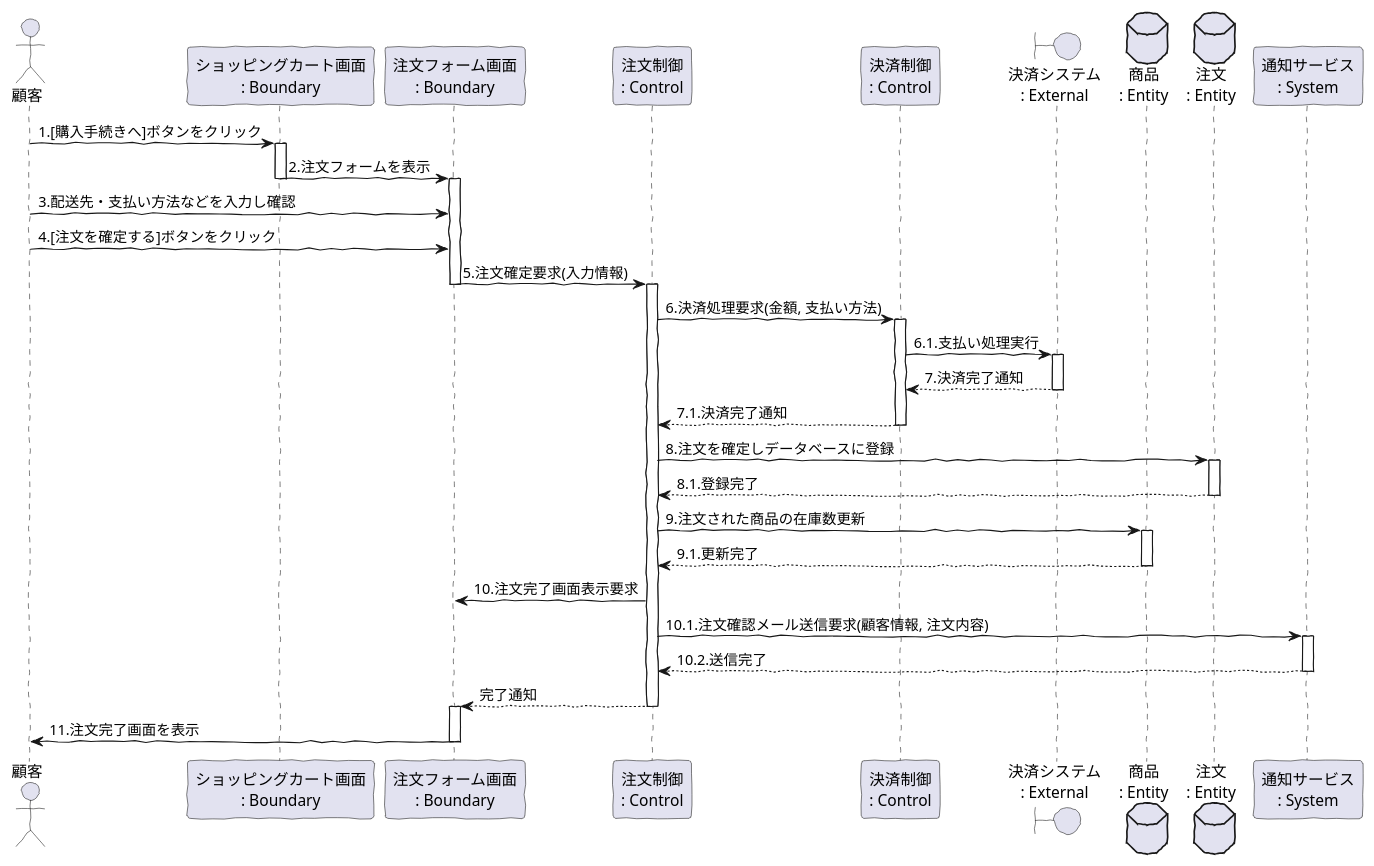
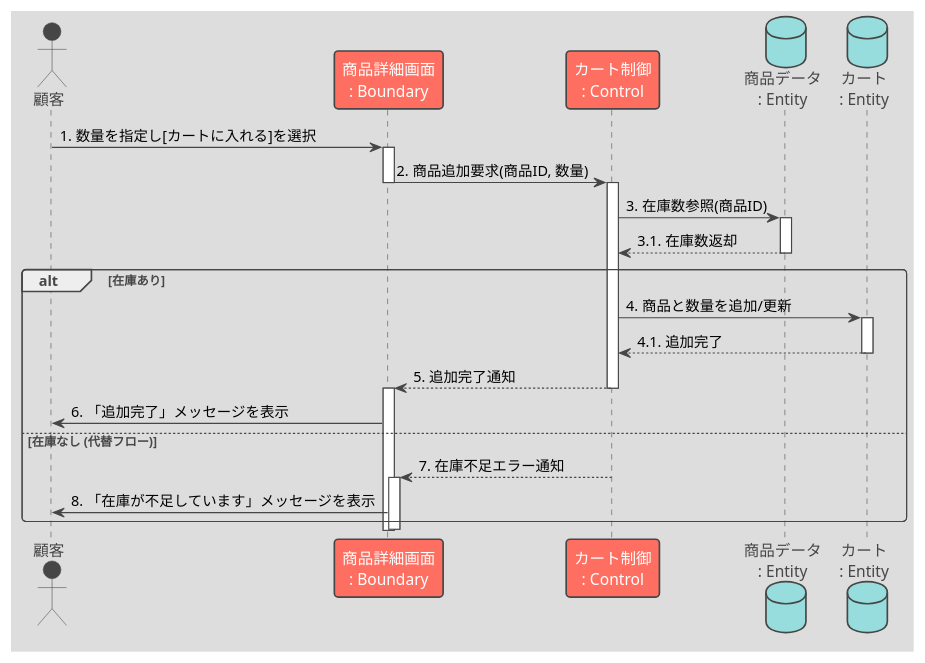
Before and after one commit to mameiku/group3-4: the diagram in Sequence_tuika.pu, drawn with PlantUML. The commit also changed 2 other files, not shown here.

Commit message:
シーケンス図変更

```diff
--- a/Sequence_tuika.pu
+++ b/Sequence_tuika.pu
@@ -1,68 +1,46 @@
 @startuml
-skinparam handwritten true
-skinparam style "rounded"
+!theme toy
 
 actor 顧客
-participant "ショッピングカート画面\n: Boundary" as Boundary_Cart
-participant "注文フォーム画面\n: Boundary" as Boundary_OrderForm
-participant "注文制御\n: Control" as Control_Order
-participant "決済制御\n: Control" as Control_Payment
-boundary "決済システム\n: External" as External_Payment
-database "商品\n: Entity" as Entity_Product
-database "注文\n: Entity" as Entity_Order
-participant "通知サービス\n: System" as Service_Notification
+participant "商品詳細画面\n: Boundary" as Boundary_ProductDetail
+participant "カート制御\n: Control" as Control_Cart
+database "商品データ\n: Entity" as Entity_Product
+database "カート\n: Entity" as Entity_Cart
 
-' 1. 「購入手続きへ」ボタン
-顧客 -> Boundary_Cart : 1.[購入手続きへ]ボタンをクリック
-activate Boundary_Cart
-Boundary_Cart -> Boundary_OrderForm : 2.注文フォームを表示
-deactivate Boundary_Cart
-activate Boundary_OrderForm
+' 1. カートに追加操作
+顧客 -> Boundary_ProductDetail : 1. 数量を指定し[カートに入れる]を選択
+activate Boundary_ProductDetail
 
-' 3. 配送先/支払い方法の入力と確認
-顧客 -> Boundary_OrderForm : 3.配送先・支払い方法などを入力し確認
+' 2. カート制御へ要求
+Boundary_ProductDetail -> Control_Cart : 2. 商品追加要求(商品ID, 数量)
+deactivate Boundary_ProductDetail
+activate Control_Cart
 
-' 4. 「注文を確定する」ボタン
-顧客 -> Boundary_OrderForm : 4.[注文を確定する]ボタンをクリック
-
-' 5. 注文情報の検証
-Boundary_OrderForm -> Control_Order : 5.注文確定要求(入力情報)
-deactivate Boundary_OrderForm
-activate Control_Order
-
-' 6. 決済連携
-Control_Order -> Control_Payment : 6.決済処理要求(金額, 支払い方法)
-activate Control_Payment
-Control_Payment -> External_Payment : 6.1.支払い処理実行
-activate External_Payment
-External_Payment --> Control_Payment : 7.決済完了通知
-deactivate External_Payment
-
-' 8. 注文情報の確定・登録
-Control_Payment --> Control_Order : 7.1.決済完了通知
-deactivate Control_Payment
-Control_Order -> Entity_Order : 8.注文を確定しデータベースに登録
-activate Entity_Order
-Entity_Order --> Control_Order : 8.1.登録完了
-deactivate Entity_Order
-
-' 9. 在庫数の更新
-Control_Order -> Entity_Product : 9.注文された商品の在庫数更新
+' 3. 在庫確認（在庫管理を省略し、商品データに直接確認）
+Control_Cart -> Entity_Product : 3. 在庫数参照(商品ID)
 activate Entity_Product
-Entity_Product --> Control_Order : 9.1.更新完了
+Entity_Product --> Control_Cart : 3.1. 在庫数返却
 deactivate Entity_Product
 
-' 10. 注文完了画面表示とメール送信
-Control_Order -> Boundary_OrderForm : 10.注文完了画面表示要求
-Control_Order -> Service_Notification : 10.1.注文確認メール送信要求(顧客情報, 注文内容)
-activate Service_Notification
-Service_Notification --> Control_Order : 10.2.送信完了
-deactivate Service_Notification
+alt 在庫あり
+    ' 4. カート情報更新
+    Control_Cart -> Entity_Cart : 4. 商品と数量を追加/更新
+    activate Entity_Cart
+    Entity_Cart --> Control_Cart : 4.1. 追加完了
+    deactivate Entity_Cart
 
-Control_Order --> Boundary_OrderForm : 完了通知
-deactivate Control_Order
-activate Boundary_OrderForm
+    ' 5. 完了通知
+    Control_Cart --> Boundary_ProductDetail : 5. 追加完了通知
+    deactivate Control_Cart
+    activate Boundary_ProductDetail
+    Boundary_ProductDetail -> 顧客 : 6. 「追加完了」メッセージを表示
+else 在庫なし (代替フロー)
+    ' 7. エラー通知
+    Control_Cart --> Boundary_ProductDetail : 7. 在庫不足エラー通知
+    deactivate Control_Cart
+    activate Boundary_ProductDetail
+    Boundary_ProductDetail -> 顧客 : 8. 「在庫が不足しています」メッセージを表示
+end
 
-Boundary_OrderForm -> 顧客 : 11.注文完了画面を表示
-deactivate Boundary_OrderForm
+deactivate Boundary_ProductDetail
 @enduml
```
